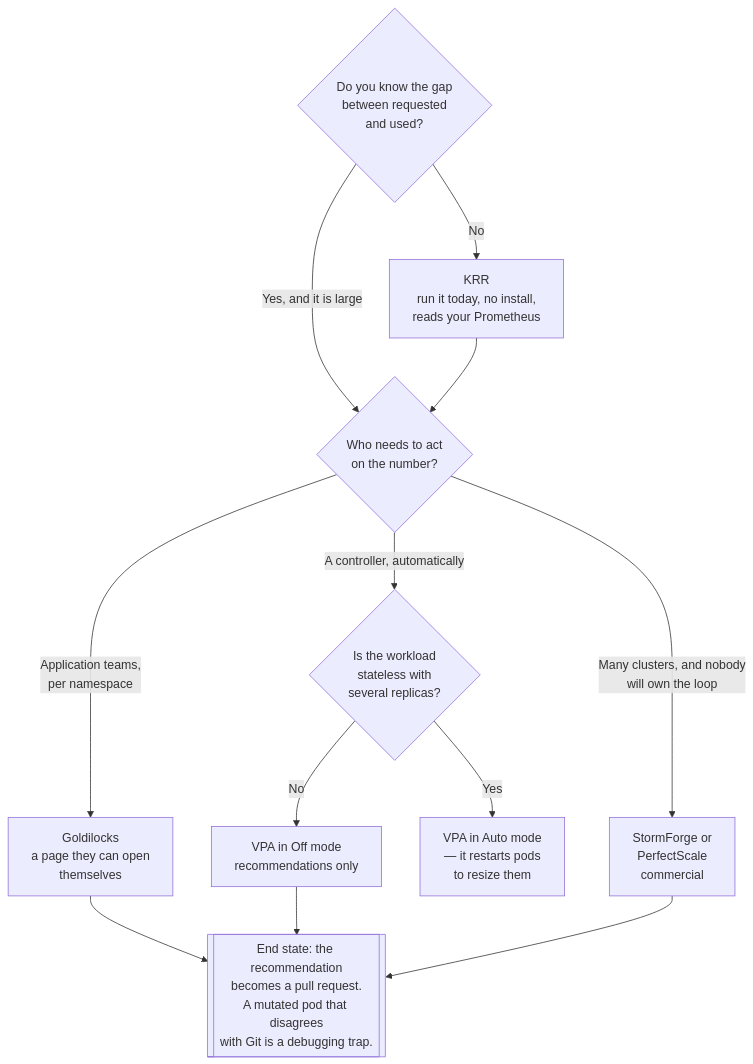
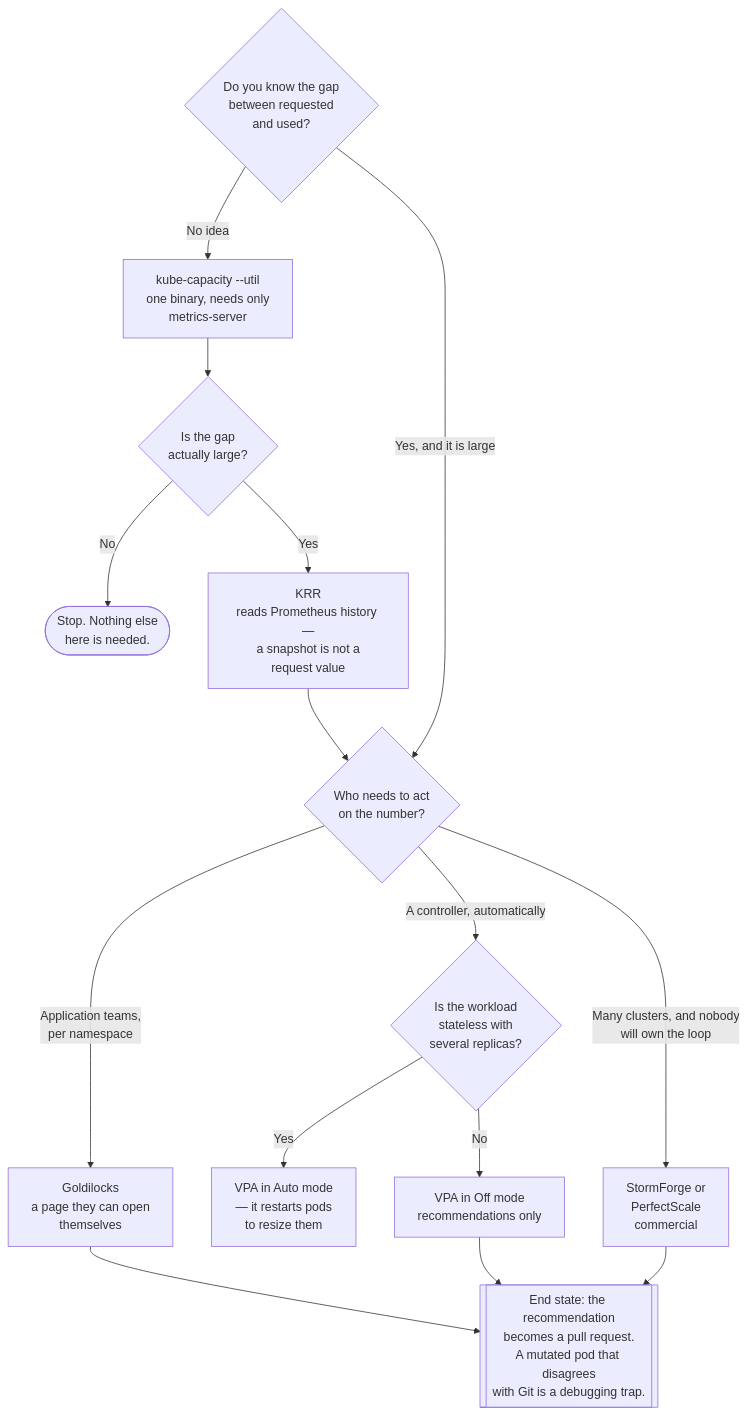
One commit to andreyolv/pikakube changed the diagram in infrastructure/finops/optimization/rightsizing/README.md. Above: the diagram before and after it, drawn with Mermaid. The commit also changed other lines of this file and 14 other files, not shown here.

````diff
--- a/infrastructure/finops/optimization/rightsizing/README.md
+++ b/infrastructure/finops/optimization/rightsizing/README.md
@@ -155,22 +166,26 @@
 ```mermaid
 flowchart TD
     START{Do you know the gap<br/>between requested<br/>and used?}
 
-    START -->|No| KRR[KRR<br/>run it today, no install,<br/>reads your Prometheus]
+    START -->|No idea| KC[kube-capacity --util<br/>one binary, needs only<br/>metrics-server]
     START -->|Yes, and it is large| Q1
+
+    KC --> SMALL{Is the gap<br/>actually large?}
+    SMALL -->|No| STOP([Stop. Nothing else<br/>here is needed.])
+    SMALL -->|Yes| KRR[KRR<br/>reads Prometheus history —<br/>a snapshot is not a<br/>request value]
 
     KRR --> Q1
     Q1{Who needs to act<br/>on the number?}
     Q1 -->|Application teams,<br/>per namespace| GL[Goldilocks<br/>a page they can open<br/>themselves]
     Q1 -->|A controller, automatically| Q2
     Q1 -->|Many clusters, and nobody<br/>will own the loop| COM[StormForge or<br/>PerfectScale<br/>commercial]
 
     Q2{Is the workload<br/>stateless with<br/>several replicas?}
     Q2 -->|Yes| VPA[VPA in Auto mode<br/>— it restarts pods<br/>to resize them]
     Q2 -->|No| OFF[VPA in Off mode<br/>recommendations only]
 
     GL --> PR
     OFF --> PR
     COM --> PR
     PR[[End state: the recommendation<br/>becomes a pull request.<br/>A mutated pod that disagrees<br/>with Git is a debugging trap.]]
 ```
````
